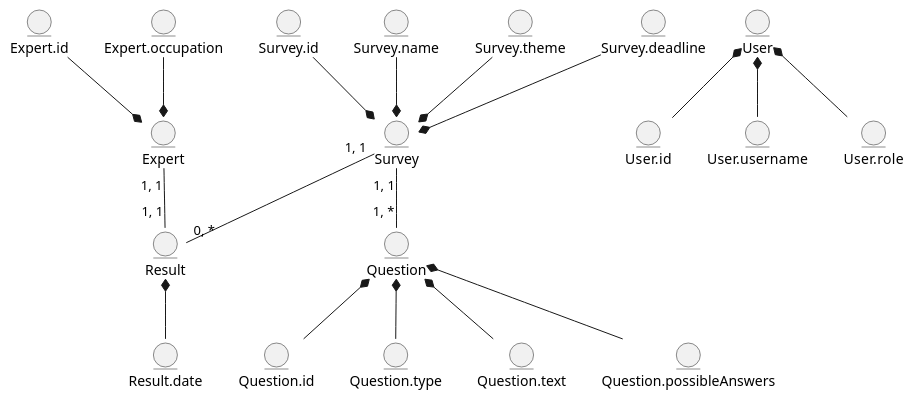
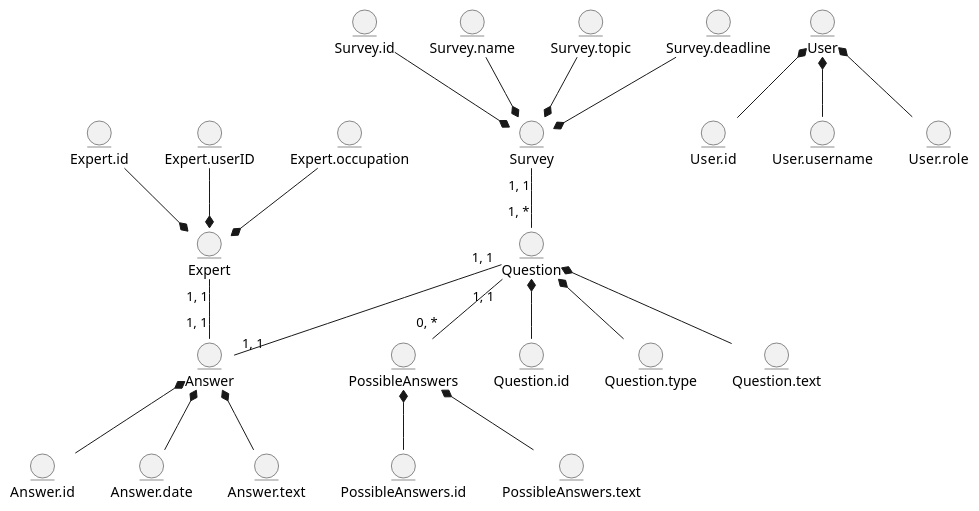
One commit to anrysliusar/SurvExp changed the diagram in src/uml/business-models/BEM.puml. Above: the diagram before and after it, drawn with PlantUML. The commit also changed 1 other file, not shown here.

```diff
--- a/src/uml/business-models/BEM.puml
+++ b/src/uml/business-models/BEM.puml
@@ -1,59 +1,71 @@
 @startuml
   
   '-----Пользователи-----'
   '-Пользователь-'
   entity User
   entity User.id
   entity User.username
   entity User.role
   '-Эксперт-'
   entity Expert
   entity Expert.id
+  entity Expert.userID
   entity Expert.occupation
   
   '-----Объекты-----'
   '-Опрос-'
   entity Survey
   entity Survey.id
   entity Survey.name
-  entity Survey.theme
+  entity Survey.topic
   entity Survey.deadline
   '-Вопрос-'
   entity Question
   entity Question.id
   entity Question.type
   entity Question.text
-  entity Question.possibleAnswers
   '-Ответы на анкеты-'
-  entity Result
-  entity Result.date
+  entity Answer
+  entity Answer.id
+  entity Answer.date
+  entity Answer.text
+  '-Возможные ответы-'
+  entity PossibleAnswers
+  entity PossibleAnswers.id
+  entity PossibleAnswers.text
   
   
   '-----Пользователи-----'
   '-Пользователь-'
   User.id -u-* User
   User.username -u-* User
   User.role -u-* User
   '-Эксперт-'
   Expert.id -d-* Expert
+  Expert.userID -d-* Expert
   Expert.occupation -d-* Expert
   
   '-----Объекты-----'
   '-Связи-'
   Question "1, *" -u- "1, 1" Survey
-  Result "0, *" -u- "1, 1" Survey
-  Result "1, 1" -u- "1, 1" Expert
+  Answer "1, 1" -u- "1, 1" Question
+  Answer "1, 1" -u- "1, 1" Expert
+  PossibleAnswers "0, *" -u- "1, 1" Question
   '-Опрос-'
   Survey.id -d-* Survey
   Survey.name -d-* Survey
-  Survey.theme -d-* Survey
+  Survey.topic -d-* Survey
   Survey.deadline -d-* Survey
   '-Вопрос-'
   Question.id -u-* Question
   Question.type -u-* Question
   Question.text -u-* Question
-  Question.possibleAnswers -u-* Question
   '-Ответы на анкеты-'
-  Result.date -u-* Result
+  Answer.id -u-* Answer
+  Answer.date -u-* Answer
+  Answer.text -u-* Answer
+  '-Возможные ответы-'
+  PossibleAnswers.id -u-* PossibleAnswers
+  PossibleAnswers.text -u-* PossibleAnswers
   
 @enduml
```
